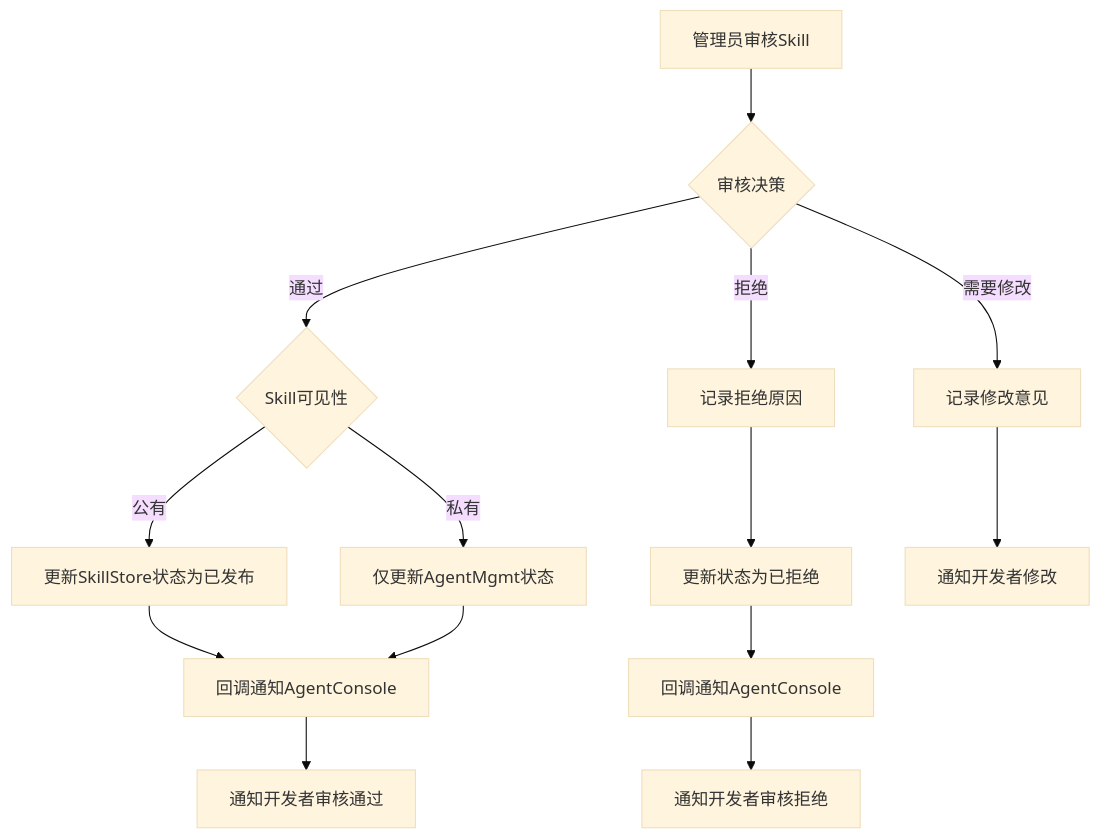
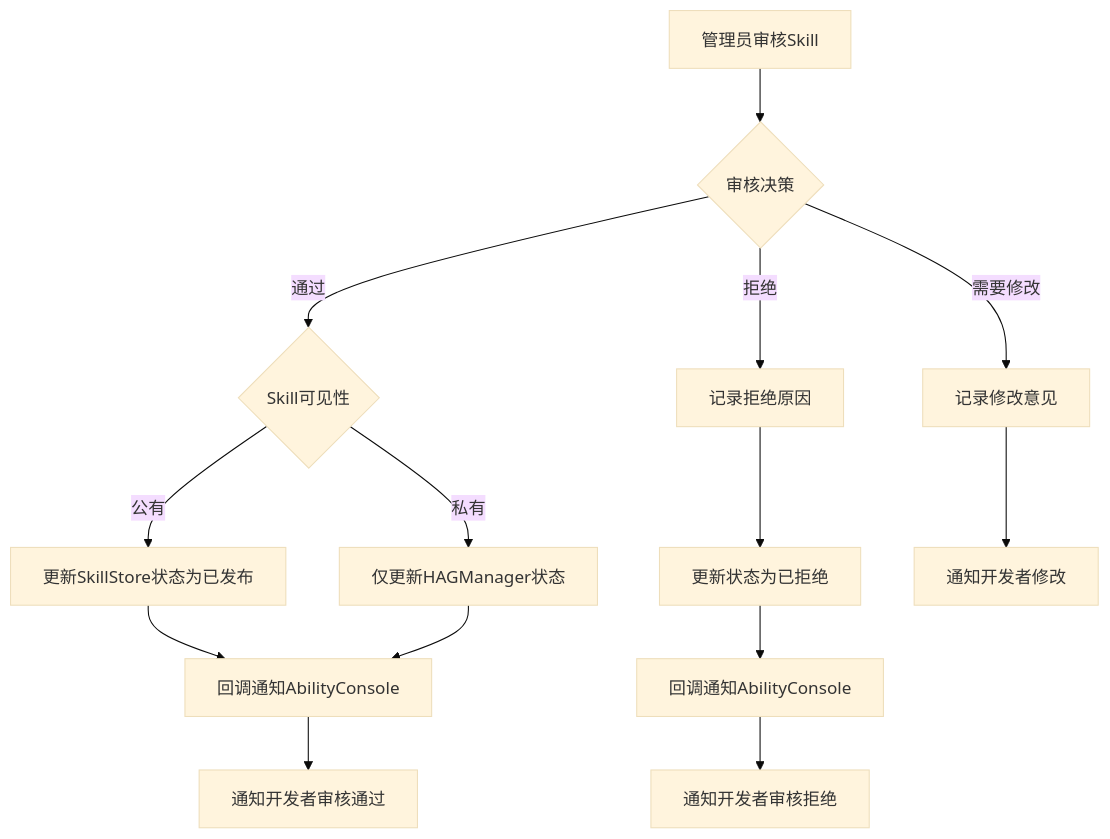
One commit to jinyule/xiaoyi-skill-mgmt changed the ninth of 33 diagrams in architecture-design.md. Above: the diagram before and after it, drawn with Mermaid (base theme). The commit also changed other lines of this file, not shown here.

````diff
--- a/architecture-design.md
+++ b/architecture-design.md
@@ -247,18 +247,18 @@
 ```mermaid
 flowchart TD
     A[管理员审核Skill] --> B{审核决策}
     B -->|通过| C{Skill可见性}
     C -->|公有| D[更新SkillStore状态为已发布]
-    C -->|私有| E[仅更新AgentMgmt状态]
-    D --> F[回调通知AgentConsole]
+    C -->|私有| E[仅更新HAGManager状态]
+    D --> F[回调通知AbilityConsole]
     E --> F
     F --> G[通知开发者审核通过]
 
     B -->|拒绝| H[记录拒绝原因]
     H --> I[更新状态为已拒绝]
-    I --> J[回调通知AgentConsole]
+    I --> J[回调通知AbilityConsole]
     J --> K[通知开发者审核拒绝]
 
     B -->|需要修改| L[记录修改意见]
     L --> M[通知开发者修改]
 ```
````
